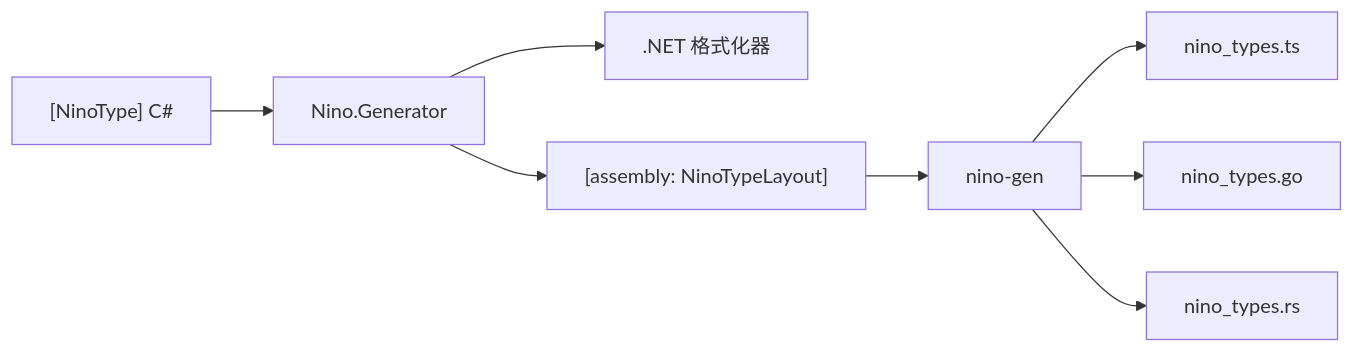
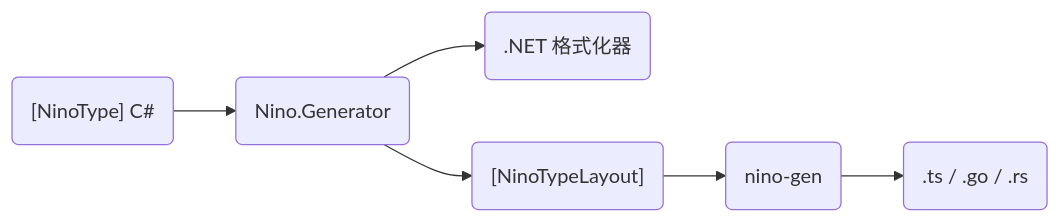
One commit to JasonXuDeveloper/Nino.Docs changed the diagram in content/docs/v4/advanced/codegen.zh.mdx. Above: the diagram before and after it, drawn with Mermaid. The commit also changed 14 other files, not shown here.

First line of the commit message:
docs(v4): compact diagrams, decision trees as tables, a 420px cap

````diff
--- a/content/docs/v4/advanced/codegen.zh.mdx
+++ b/content/docs/v4/advanced/codegen.zh.mdx
@@ -33,10 +33,8 @@
 ```mermaid
 flowchart LR
-  C["[NinoType] C#"] --> G[Nino.Generator]
-  G --> F[.NET 格式化器]
-  G --> L["[assembly: NinoTypeLayout]"]
-  L --> N[nino-gen]
-  N --> T[nino_types.ts]
-  N --> O[nino_types.go]
-  N --> R[nino_types.rs]
+  C("[NinoType] C#") --> G(Nino.Generator)
+  G --> F(.NET 格式化器)
+  G --> L("[NinoTypeLayout]")
+  L --> N(nino-gen)
+  N --> O(".ts / .go / .rs")
 ```
````
